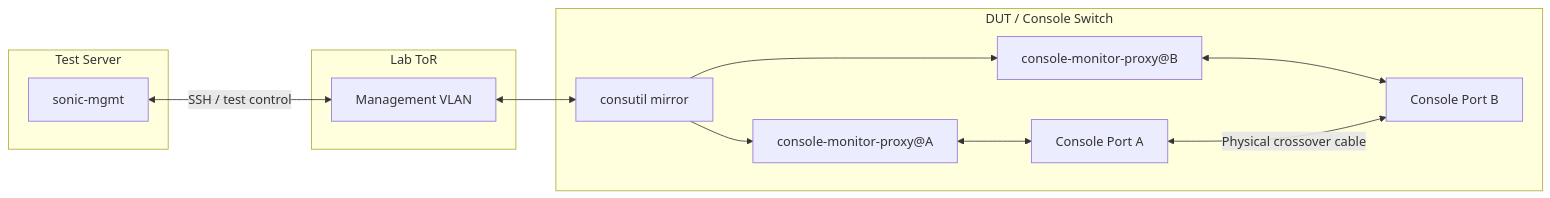
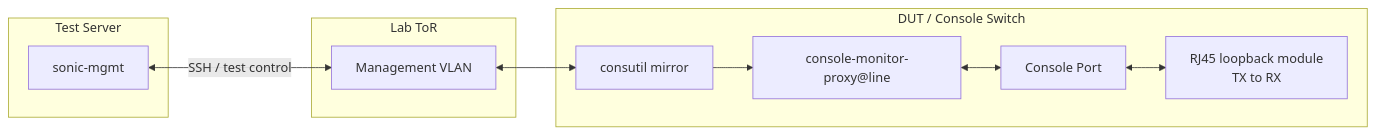
The diagram in docs/testplan/console/Console-Mirror-Test-Plan.md (sonic-net/sonic-mgmt), drawn with Mermaid before and after one commit. The commit also changed other lines of this file and 1 other file, not shown here.

First line of the commit message:
Add Console Mirror Test Cases (#27003)

````diff
--- a/docs/testplan/console/Console-Mirror-Test-Plan.md
+++ b/docs/testplan/console/Console-Mirror-Test-Plan.md
@@ -37,28 +37,25 @@
 ```mermaid
 flowchart LR
     subgraph Server["Test Server"]
         mgmt["sonic-mgmt"]
     end
 
     subgraph ToR["Lab ToR"]
         vlan["Management VLAN"]
     end
 
     subgraph DUT["DUT / Console Switch"]
         cli["consutil mirror"]
 
-        proxyA["console-monitor-proxy@A"]
-        proxyB["console-monitor-proxy@B"]
-        portA["Console Port A"]
-        portB["Console Port B"]
+        proxy["console-monitor-proxy@line"]
+        port["Console Port"]
+        loopback["RJ45 loopback module<br/>TX to RX"]
 
-        cli --> proxyA
-        cli --> proxyB
-        proxyA <--> portA
-        proxyB <--> portB
+        cli --> proxy
+        proxy <--> port
+        port <--> loopback
     end
 
     mgmt <-->|"SSH / test control"| vlan
     vlan <--> cli
-    portA <-->|"Physical crossover cable"| portB
 ```
````
